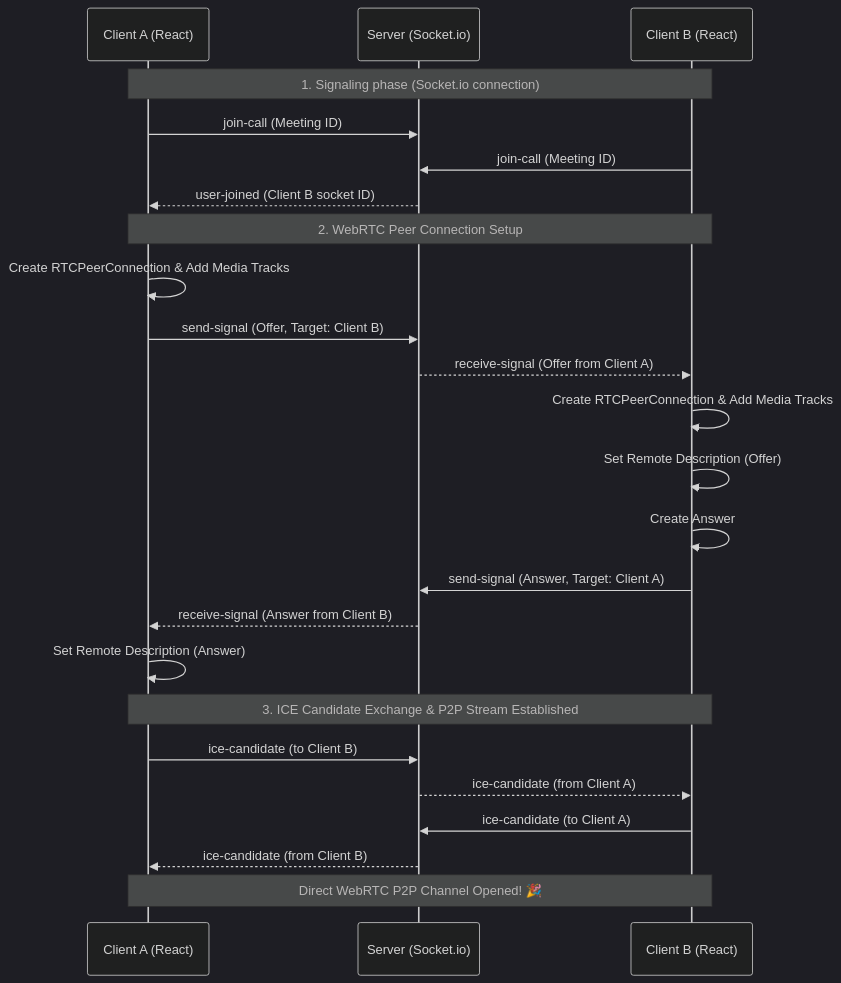
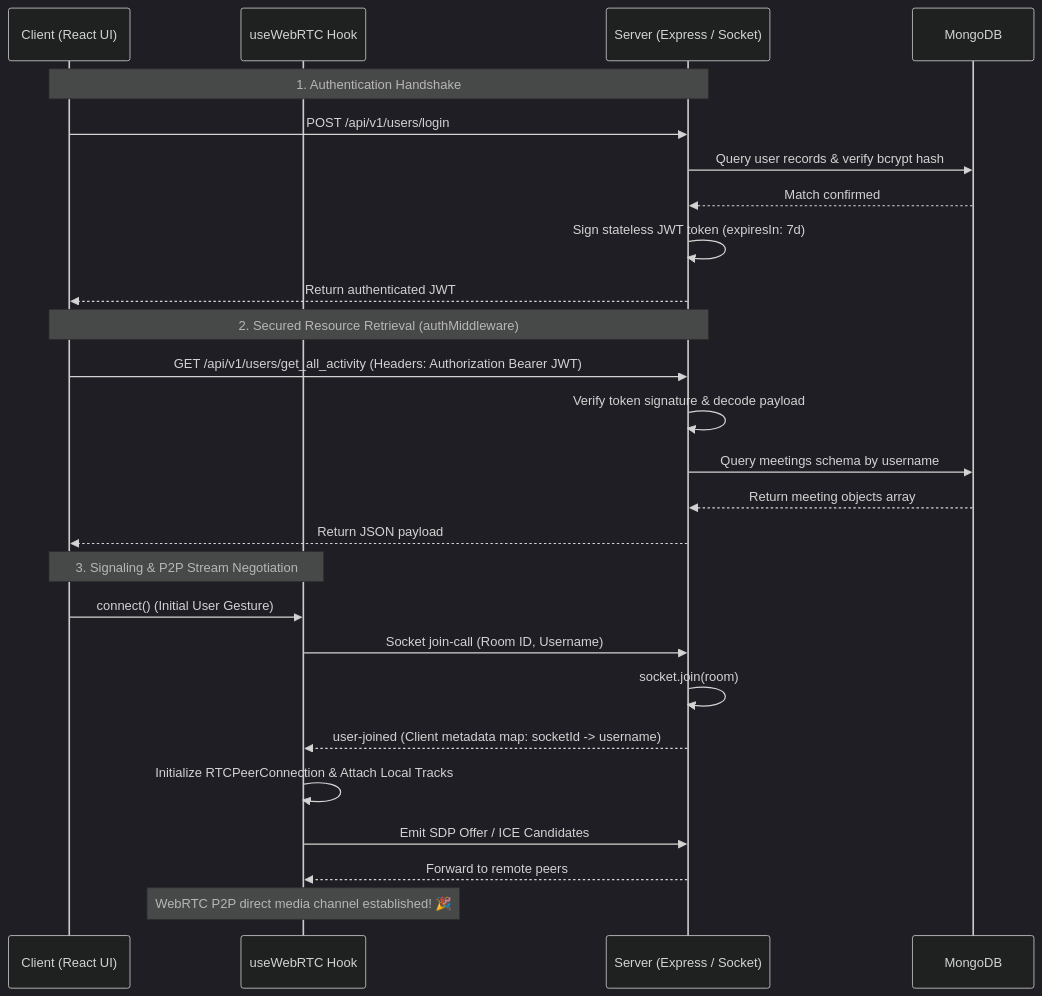
One commit to sanjaynayak1224/Video_Conferencing_Platform changed the diagram in README.md. Above: the diagram before and after it, drawn with Mermaid (dark theme). The commit also changed other lines of this file and 20 other files, not shown here.

````diff
--- a/README.md
+++ b/README.md
@@ -44,29 +32,31 @@
 ```mermaid
 sequenceDiagram
-    participant A as Client A (React)
-    participant S as Server (Socket.io)
-    participant B as Client B (React)
+    participant C as Client (React UI)
+    participant H as useWebRTC Hook
+    participant S as Server (Express / Socket)
+    participant DB as MongoDB
 
-    Note over A,B: 1. Signaling phase (Socket.io connection)
-    A->>S: join-call (Meeting ID)
-    B->>S: join-call (Meeting ID)
-    S-->>A: user-joined (Client B socket ID)
-    
-    Note over A,B: 2. WebRTC Peer Connection Setup
-    A->>A: Create RTCPeerConnection & Add Media Tracks
-    A->>S: send-signal (Offer, Target: Client B)
-    S-->>B: receive-signal (Offer from Client A)
-    B->>B: Create RTCPeerConnection & Add Media Tracks
-    B->>B: Set Remote Description (Offer)
-    B->>B: Create Answer
-    B->>S: send-signal (Answer, Target: Client A)
-    S-->>A: receive-signal (Answer from Client B)
-    A->>A: Set Remote Description (Answer)
-    
-    Note over A,B: 3. ICE Candidate Exchange & P2P Stream Established
-    A->>S: ice-candidate (to Client B)
-    S-->>B: ice-candidate (from Client A)
-    B->>S: ice-candidate (to Client A)
-    S-->>A: ice-candidate (from Client B)
-    Note over A,B: Direct WebRTC P2P Channel Opened! 🎉
+    Note over C,S: 1. Authentication Handshake
+    C->>S: POST /api/v1/users/login
+    S->>DB: Query user records & verify bcrypt hash
+    DB-->>S: Match confirmed
+    S->>S: Sign stateless JWT token (expiresIn: 7d)
+    S-->>C: Return authenticated JWT
+
+    Note over C,S: 2. Secured Resource Retrieval (authMiddleware)
+    C->>S: GET /api/v1/users/get_all_activity (Headers: Authorization Bearer JWT)
+    S->>S: Verify token signature & decode payload
+    S->>DB: Query meetings schema by username
+    DB-->>S: Return meeting objects array
+    S-->>C: Return JSON payload
+
+    Note over C,H: 3. Signaling & P2P Stream Negotiation
+    C->>H: connect() (Initial User Gesture)
+    H->>S: Socket join-call (Room ID, Username)
+    S->>S: socket.join(room)
+    S-->>H: user-joined (Client metadata map: socketId -> username)
+    H->>H: Initialize RTCPeerConnection & Attach Local Tracks
+    H->>S: Emit SDP Offer / ICE Candidates
+    S-->>H: Forward to remote peers
+    Note over H,H: WebRTC P2P direct media channel established! 🎉
 ```
````
